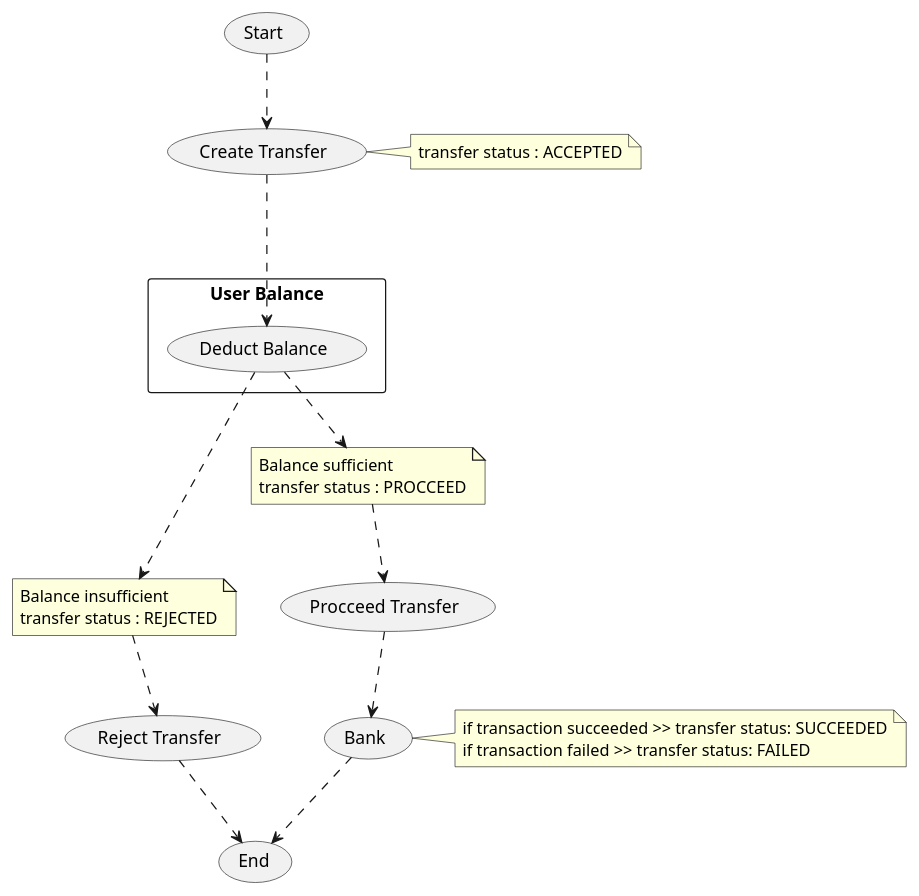
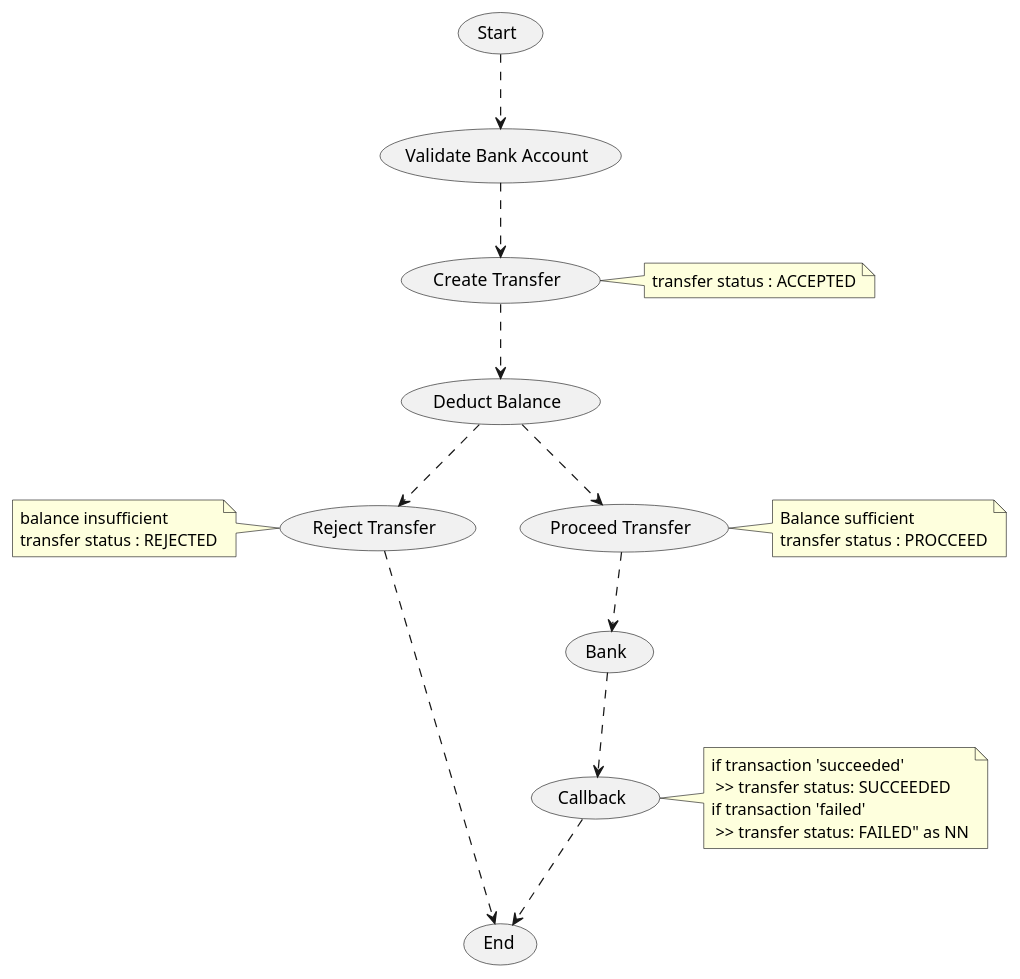
One commit to fahmyabida/brick-transfer changed the diagram in docs/plantuml/usecase.plantuml. Above: the diagram before and after it, drawn with PlantUML. The commit also changed 5 other files, not shown here.

Commit message:
chore: add plantuml documentation

```diff
--- a/docs/plantuml/usecase.plantuml
+++ b/docs/plantuml/usecase.plantuml
@@ -1,35 +1,24 @@
 @startuml
+(Start) ..> (Validate Bank Account)
 
-(Start) ..> (Create Transfer)
+(Validate Bank Account) ..> (Create Transfer)
 note right of (Create Transfer) : transfer status : ACCEPTED
 
-rectangle "User Balance" {
-  usecase "Deduct Balance"
-}
+(Create Transfer) ..> (Deduct Balance)
 
+(Deduct Balance) ..> (Reject Transfer)
+note left of (Reject Transfer) : balance insufficient\ntransfer status : REJECTED
 
-(Create Transfer) ...> "Deduct Balance"
+(Deduct Balance) ..> (Proceed Transfer)
+note right of (Proceed Transfer) : Balance sufficient\ntransfer status : PROCCEED
 
-note "Balance insufficient\ntransfer status : REJECTED" as NBIS
+(Proceed Transfer) ..> (Bank)
 
-"Deduct Balance" ..> NBIS
+(Bank) ..> (Callback)
+note right of (Callback) : if transaction 'succeeded'\n >> transfer status: SUCCEEDED\nif transaction 'failed'\n >> transfer status: FAILED" as NN
 
-NBIS ..> (Reject Transfer)
-
-
-
-note "Balance sufficient\ntransfer status : PROCCEED" as NBS
-
-"Deduct Balance" ..> NBS
-
-NBS ..> (Procceed Transfer)
-
-(Procceed Transfer) ..> (Bank)
-
-note right of (Bank) : if transaction succeeded >> transfer status: SUCCEEDED\nif transaction failed >> transfer status: FAILED
-
-(Bank) ..> (End)
 (Reject Transfer) ..> (End)
 
+(Callback) ..> (End)
 
 @enduml
```
